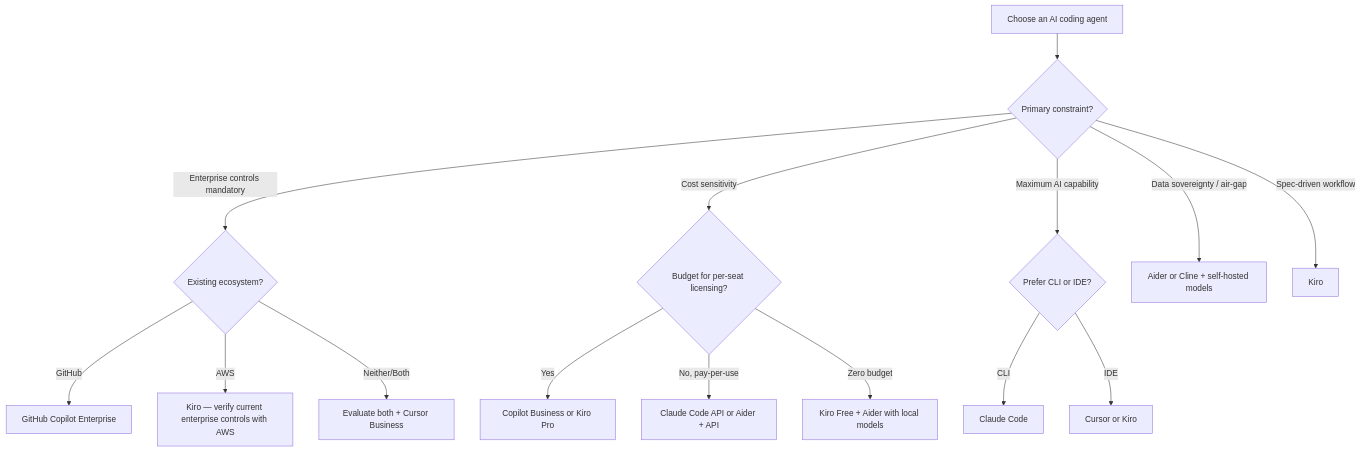
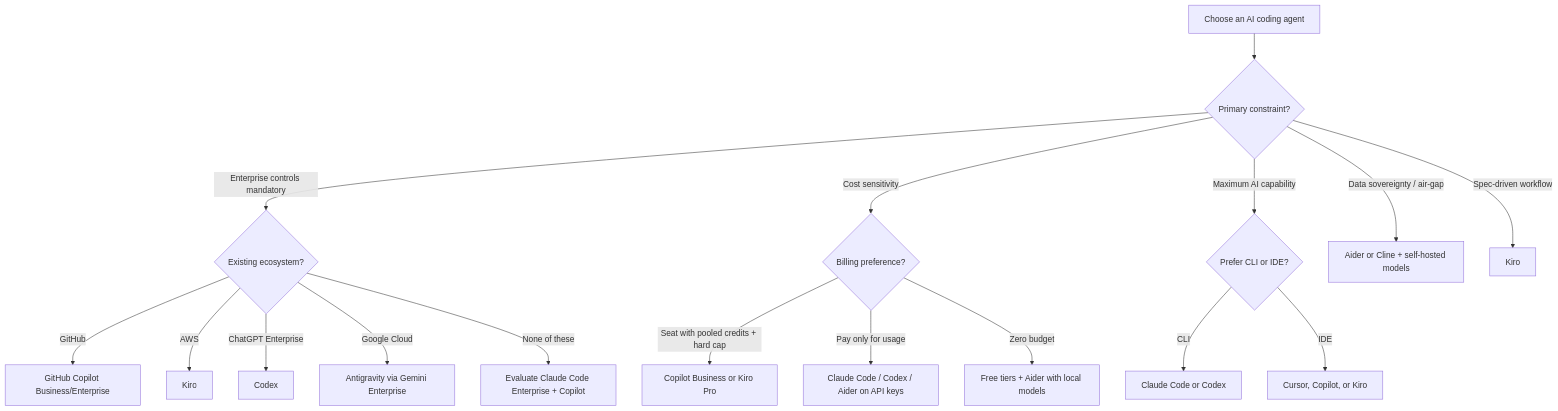
Before and after one commit to bernardmendonca/ai-engineering-playbook: the diagram in ai-coding-agents/agent-landscape.md, drawn with Mermaid. The commit also changed other lines of this file and 53 other files, not shown here.

````diff
--- a/ai-coding-agents/agent-landscape.md
+++ b/ai-coding-agents/agent-landscape.md
@@ -332,22 +414,24 @@
 ```mermaid
 flowchart TD
     A[Choose an AI coding agent] --> B{Primary constraint?}
 
     B -->|Enterprise controls mandatory| C{Existing ecosystem?}
-    C -->|GitHub| D[GitHub Copilot Enterprise]
-    C -->|AWS| E[Kiro — verify current enterprise controls with AWS]
-    C -->|Neither/Both| F[Evaluate both + Cursor Business]
+    C -->|GitHub| D[GitHub Copilot Business/Enterprise]
+    C -->|AWS| E[Kiro]
+    C -->|ChatGPT Enterprise| P[Codex]
+    C -->|Google Cloud| Q[Antigravity via Gemini Enterprise]
+    C -->|None of these| F[Evaluate Claude Code Enterprise + Copilot]
 
-    B -->|Cost sensitivity| G{Budget for per-seat licensing?}
-    G -->|Yes| H[Copilot Business or Kiro Pro]
-    G -->|No, pay-per-use| I[Claude Code API or Aider + API]
-    G -->|Zero budget| J[Kiro Free + Aider with local models]
+    B -->|Cost sensitivity| G{Billing preference?}
+    G -->|Seat with pooled credits + hard cap| H[Copilot Business or Kiro Pro]
+    G -->|Pay only for usage| I[Claude Code / Codex / Aider on API keys]
+    G -->|Zero budget| J[Free tiers + Aider with local models]
 
     B -->|Maximum AI capability| K{Prefer CLI or IDE?}
-    K -->|CLI| L[Claude Code]
-    K -->|IDE| M[Cursor or Kiro]
+    K -->|CLI| L[Claude Code or Codex]
+    K -->|IDE| M[Cursor, Copilot, or Kiro]
 
     B -->|Data sovereignty / air-gap| N[Aider or Cline + self-hosted models]
 
     B -->|Spec-driven workflow| O[Kiro]
 ```
````
